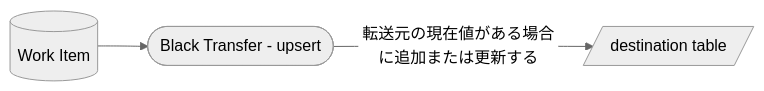
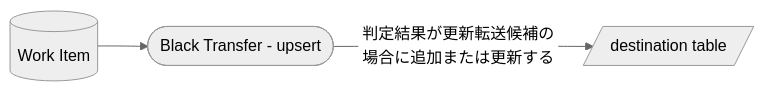
One commit to mk3008/rawsql-ts changed the ninth of 10 diagrams in packages/transfer/docs/processes/transfer-execution-process.md. Above: the diagram before and after it, drawn with Mermaid (neutral theme). The commit also changed other lines of this file and 63 other files, not shown here.

````diff
--- a/packages/transfer/docs/processes/transfer-execution-process.md
+++ b/packages/transfer/docs/processes/transfer-execution-process.md
@@ -134,9 +154,9 @@
 ```mermaid
 flowchart LR
   WorkItem[("Work Item")]
   BlackTransfer(["Black Transfer - upsert"])
   DestinationTable[/"destination table"/]
 
   WorkItem --> BlackTransfer
-  BlackTransfer -->|"転送元の現在値がある場合に追加または更新する"| DestinationTable
+  BlackTransfer -->|"判定結果が更新転送候補の場合に追加または更新する"| DestinationTable
 ```
````
